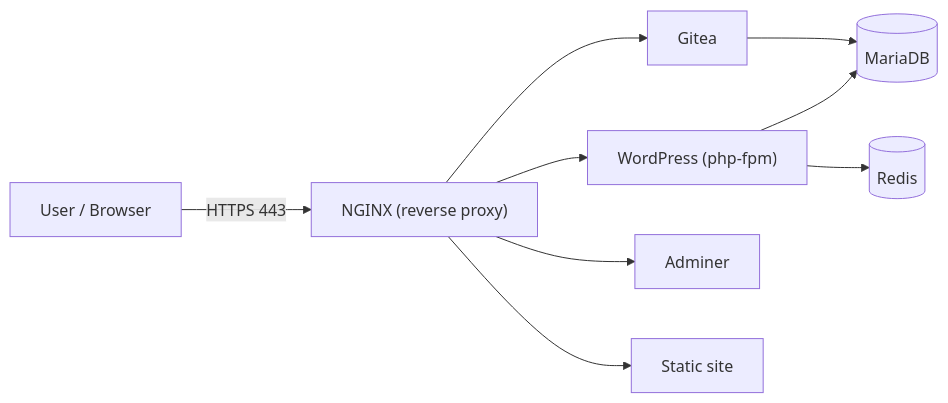
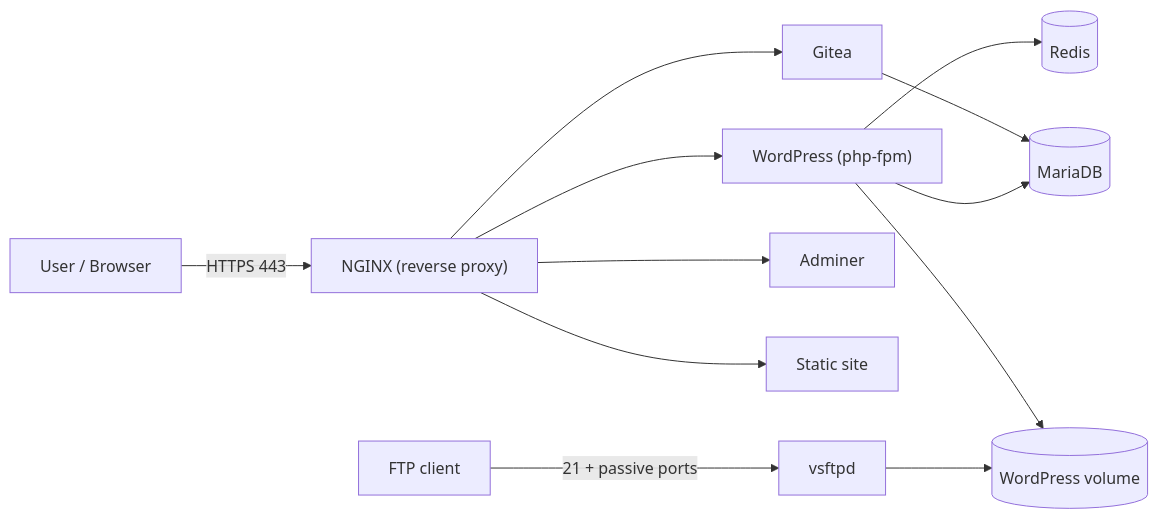
Before and after one commit to AstarophTY/inception: the diagram in README.md, drawn with Mermaid. The commit also changed other lines of this file, not shown here.

````diff
--- a/README.md
+++ b/README.md
@@ -16,11 +28,14 @@
 ```mermaid
 flowchart LR
   user["User / Browser"] -->|"HTTPS 443"| nginx["NGINX (reverse proxy)"]
   nginx --> wp["WordPress (php-fpm)"]
   wp --> db[("MariaDB")]
   wp --> redis[("Redis")]
   nginx --> gitea["Gitea"]
   gitea --> db
   nginx --> adminer["Adminer"]
   nginx --> static["Static site"]
+  ftpuser["FTP client"] -->|"21 + passive ports"| ftp["vsftpd"]
+  ftp --> wpvol[("WordPress volume")]
+  wp --> wpvol
 ```
````
